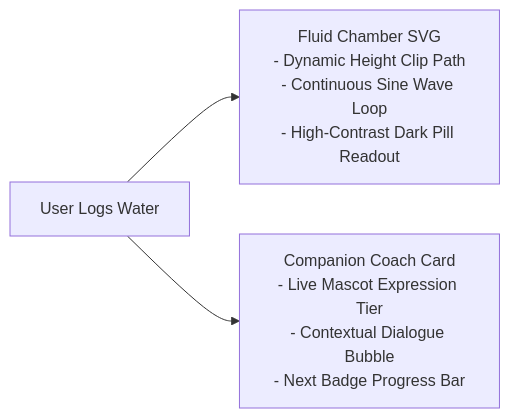
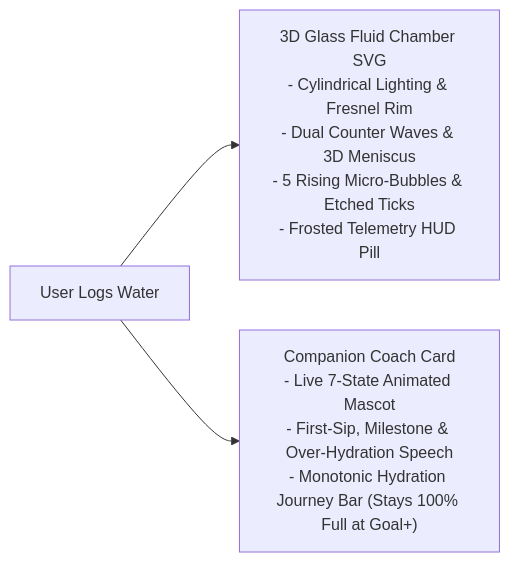
One commit to parthibcpana/IDAI102-1000544-PARTH-PARVINBHAI-GAJERA changed the fifth of 7 diagrams in README.md. Above: the diagram before and after it, drawn with Mermaid. The commit also changed other lines of this file and 23 other files, not shown here.

Commit message:
feat(FA2): integrate 3D visual assets, timeline analytics, and updated screenshots

````diff
--- a/README.md
+++ b/README.md
@@ -220,5 +220,5 @@
 ```mermaid
 flowchart LR
-    Log["User Logs Water"] --> Chamber["Fluid Chamber SVG<br>- Dynamic Height Clip Path<br>- Continuous Sine Wave Loop<br>- High-Contrast Dark Pill Readout"]
-    Log --> Coach["Companion Coach Card<br>- Live Mascot Expression Tier<br>- Contextual Dialogue Bubble<br>- Next Badge Progress Bar"]
+    Log["User Logs Water"] --> Chamber["3D Glass Fluid Chamber SVG<br>- Cylindrical Lighting & Fresnel Rim<br>- Dual Counter Waves & 3D Meniscus<br>- 5 Rising Micro-Bubbles & Etched Ticks<br>- Frosted Telemetry HUD Pill"]
+    Log --> Coach["Companion Coach Card<br>- Live 7-State Animated Mascot<br>- First-Sip, Milestone & Over-Hydration Speech<br>- Monotonic Hydration Journey Bar (Stays 100% Full at Goal+)"]
 ```
````
